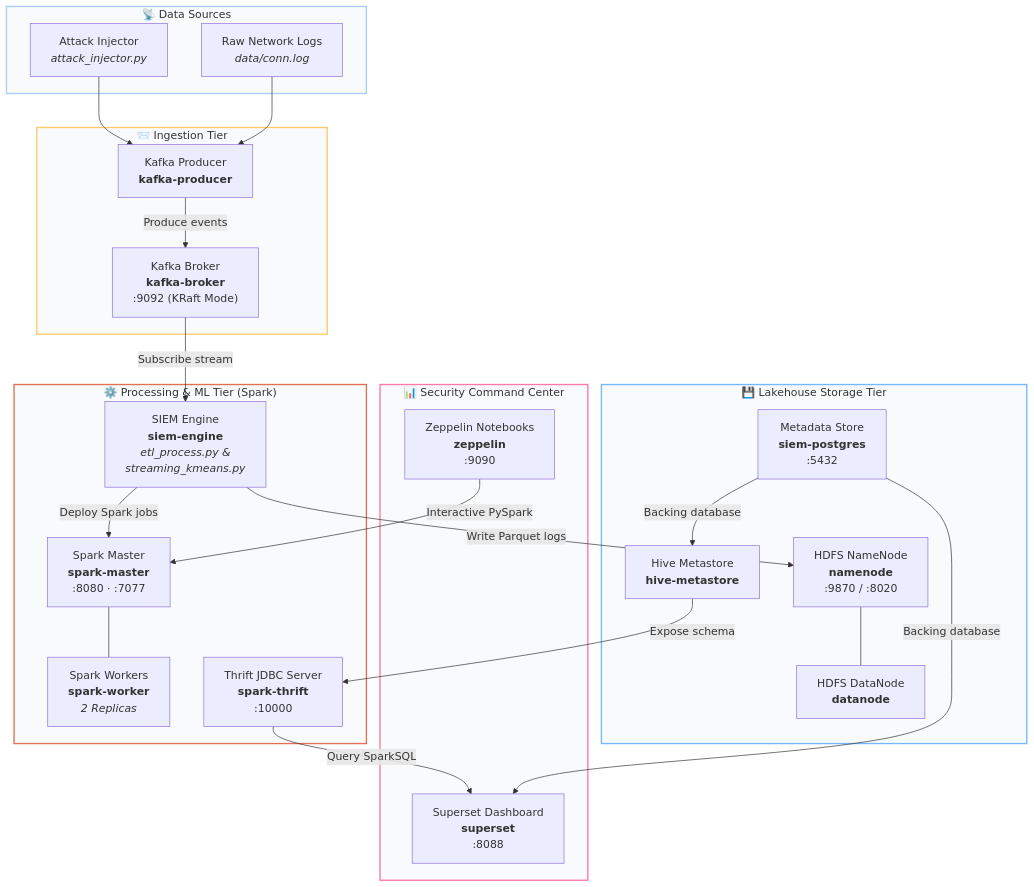
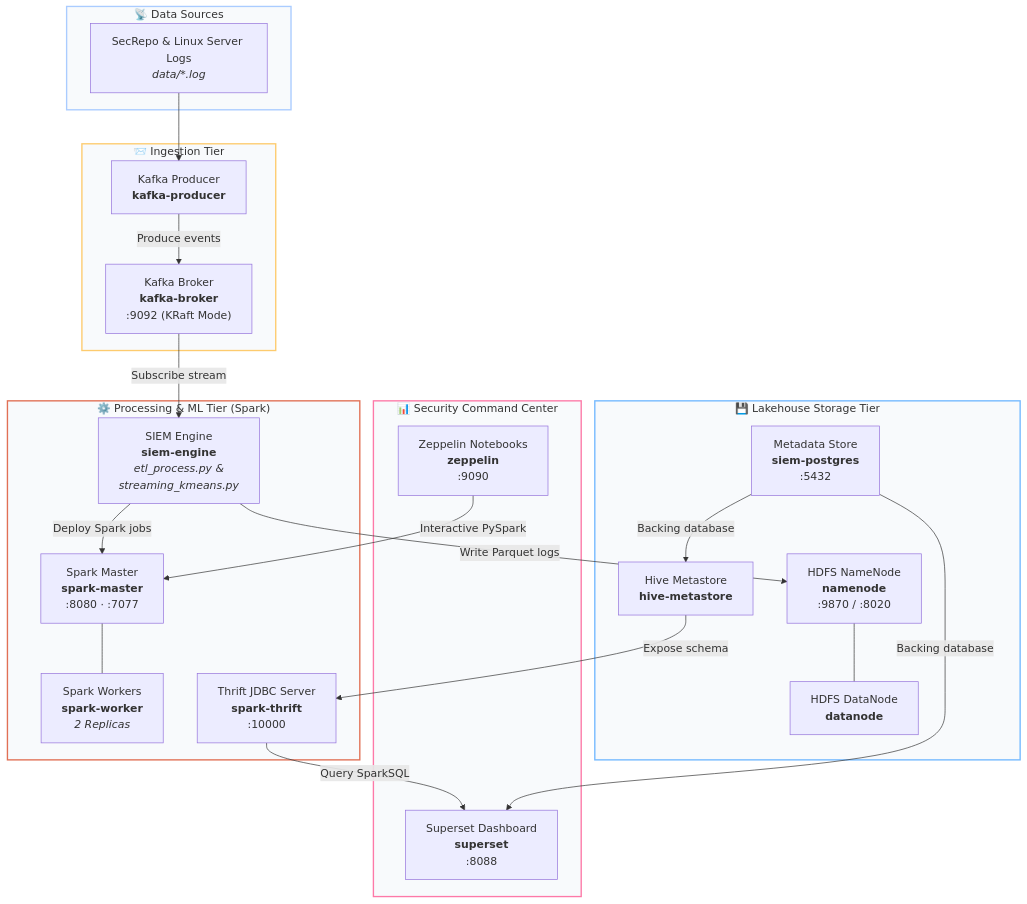
The diagram in README.md (yusufarbc/Apache-BigData-SIEM), drawn with Mermaid before and after one commit. The commit also changed 1 other file, not shown here.

Commit message:
feat: add SIEM datasets, architectural documentation, and showcase assets

````diff
--- a/README.md
+++ b/README.md
@@ -23,52 +23,50 @@
 ```mermaid
 graph TD
     subgraph SOURCES["📡 Data Sources"]
-        CL["Raw Network Logs<br/><i>data/conn.log</i>"]
-        AI["Attack Injector<br/><i>attack_injector.py</i>"]
+        SR["SecRepo & Linux Server Logs<br/><i>data/*.log</i>"]
     end
 
     subgraph INGEST["📨 Ingestion Tier"]
         KP["Kafka Producer<br/><b>kafka-producer</b>"]
         KB["Kafka Broker<br/><b>kafka-broker</b><br/>:9092 (KRaft Mode)"]
     end
 
     subgraph COMPUTE["⚙️ Processing & ML Tier (Spark)"]
         SM["Spark Master<br/><b>spark-master</b><br/>:8080 · :7077"]
         SW["Spark Workers<br/><b>spark-worker</b><br/><i>2 Replicas</i>"]
         SE["SIEM Engine<br/><b>siem-engine</b><br/><i>etl_process.py &<br/>streaming_kmeans.py</i>"]
         ST["Thrift JDBC Server<br/><b>spark-thrift</b><br/>:10000"]
     end
 
     subgraph LAKE["💾 Lakehouse Storage Tier"]
         NN["HDFS NameNode<br/><b>namenode</b><br/>:9870 / :8020"]
         DN["HDFS DataNode<br/><b>datanode</b>"]
         HM["Hive Metastore<br/><b>hive-metastore</b>"]
         PG["Metadata Store<br/><b>siem-postgres</b><br/>:5432"]
     end
 
     subgraph SOC["📊 Security Command Center"]
         SUP["Superset Dashboard<br/><b>superset</b><br/>:8088"]
         ZEP["Zeppelin Notebooks<br/><b>zeppelin</b><br/>:9090"]
     end
 
     %% Data Flow
-    CL --> KP
-    AI --> KP
+    SR --> KP
     KP -->|Produce events| KB
     KB -->|Subscribe stream| SE
     SE -->|Deploy Spark jobs| SM
     SM --- SW
     SE -->|Write Parquet logs| NN
     NN --- DN
     HM -->|Expose schema| ST
     PG -->|Backing database| HM
     PG -->|Backing database| SUP
     ST -->|Query SparkSQL| SUP
     ZEP -->|Interactive PySpark| SM
     
     style SOURCES fill:#f8fafc,stroke:#aaccff,stroke-width:2px
     style INGEST fill:#f8fafc,stroke:#fdcb6e,stroke-width:2px
     style COMPUTE fill:#f8fafc,stroke:#e17055,stroke-width:2px
     style LAKE fill:#f8fafc,stroke:#74b9ff,stroke-width:2px
     style SOC fill:#f8fafc,stroke:#fd79a8,stroke-width:2px
 ```
````
